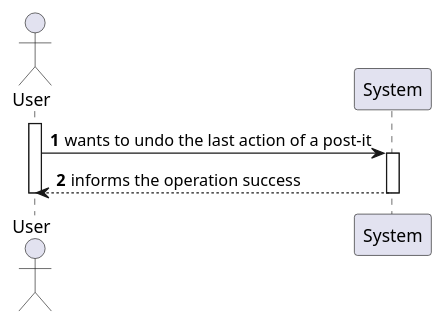
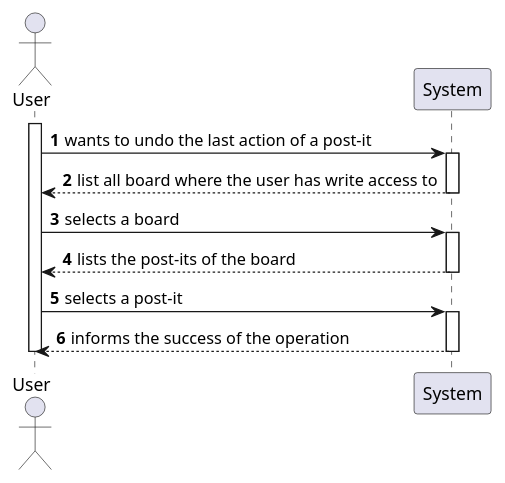
Before and after one commit to miseEnPlace-dev/lapr4: the diagram in docs/sprint-c/us33-3008/US3008_SSD.puml, drawn with PlantUML.

Commit message:
docs(#62): updated ssd

```diff
--- a/docs/sprint-c/us33-3008/US3008_SSD.puml
+++ b/docs/sprint-c/us33-3008/US3008_SSD.puml
@@ -1,16 +1,24 @@
 @startuml US3008_SSD
 autonumber
 
 actor "User" as U
 participant "System" as SYS
 
 activate U
 
 U -> SYS : wants to undo the last action of a post-it
 activate SYS
-SYS --> U : informs the operation success
+SYS --> U : list all board where the user has write access to
+deactivate SYS
+U -> SYS : selects a board
+activate SYS
+SYS --> U : lists the post-its of the board
+deactivate SYS
+U -> SYS : selects a post-it
+activate SYS
+SYS --> U : informs the success of the operation
 deactivate SYS
 
 deactivate U
 
 @enduml
```
